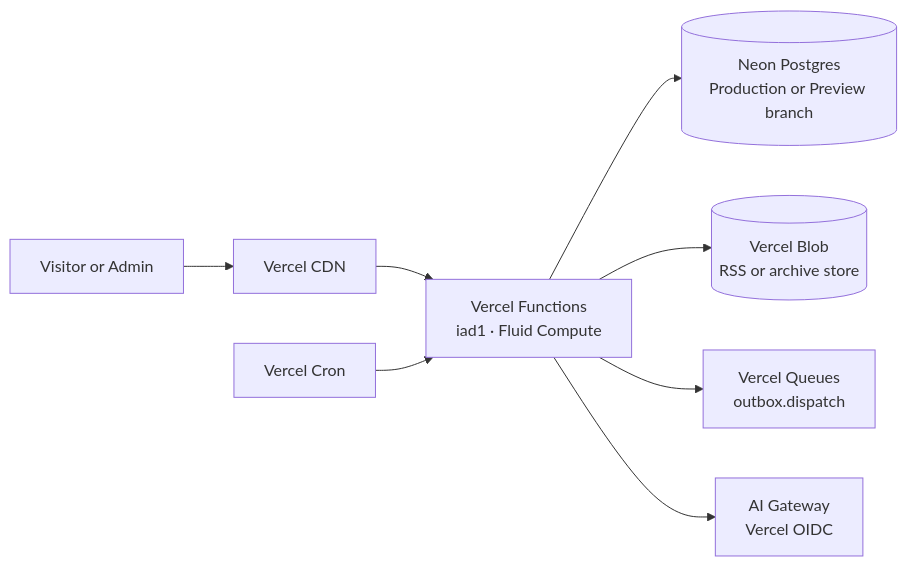
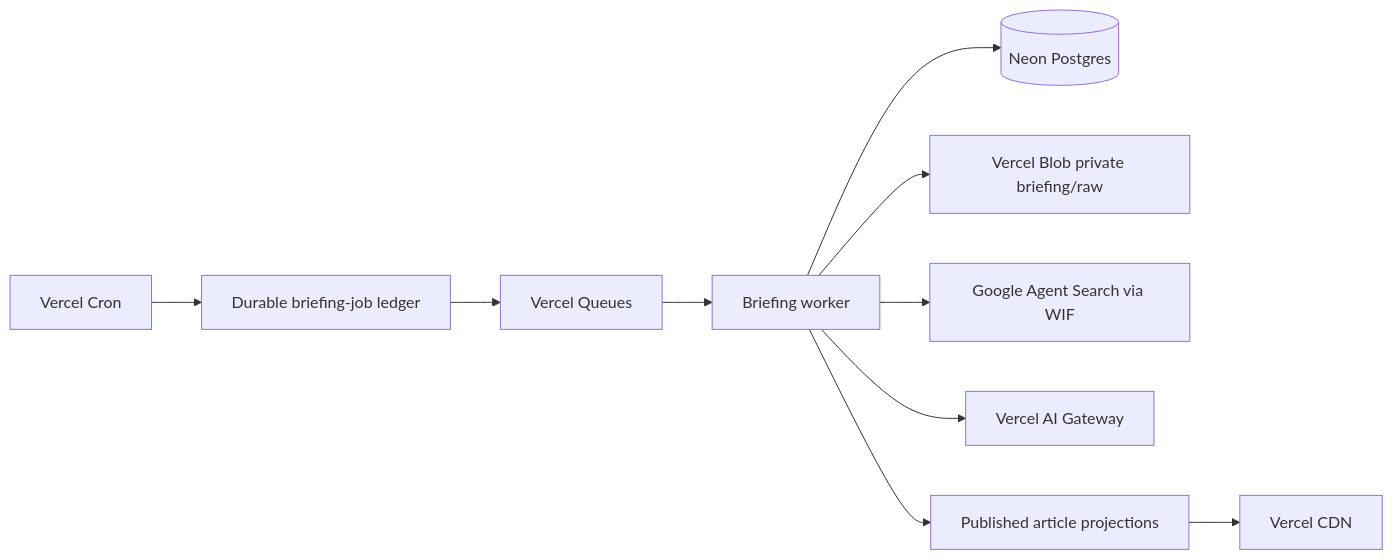
Before and after one commit to lions-admin/lions-of-zion: the diagram in docs/vercel-infrastructure.md, drawn with Mermaid. The commit also changed other lines of this file and 263 other files, not shown here.

````diff
--- a/docs/vercel-infrastructure.md
+++ b/docs/vercel-infrastructure.md
@@ -10,10 +10,12 @@
 ```mermaid
 flowchart LR
-  U[Visitor or Admin] --> CDN[Vercel CDN]
-  CDN --> F[Vercel Functions<br/>iad1 · Fluid Compute]
-  F --> DB[(Neon Postgres<br/>Production or Preview branch)]
-  F --> B[(Vercel Blob<br/>RSS or archive store)]
-  F --> Q[Vercel Queues<br/>outbox.dispatch]
-  F --> A[AI Gateway<br/>Vercel OIDC]
-  C[Vercel Cron] --> F
+  C[Vercel Cron] --> J[Durable briefing-job ledger]
+  J --> Q[Vercel Queues]
+  Q --> W[Briefing worker]
+  W --> D[(Neon Postgres)]
+  W --> B[Vercel Blob private briefing/raw]
+  W --> G[Google Agent Search via WIF]
+  W --> A[Vercel AI Gateway]
+  W --> P[Published article projections]
+  P --> CDN[Vercel CDN]
 ```
````
